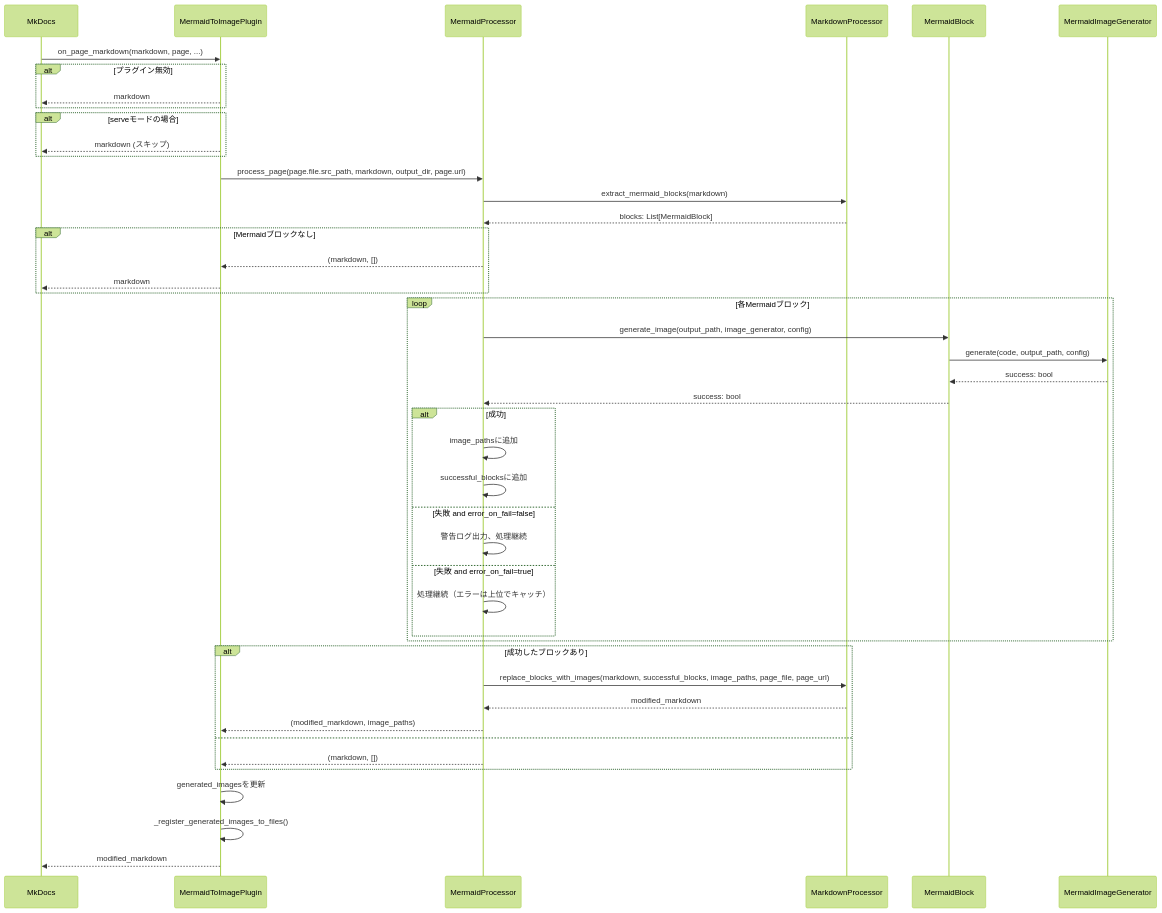
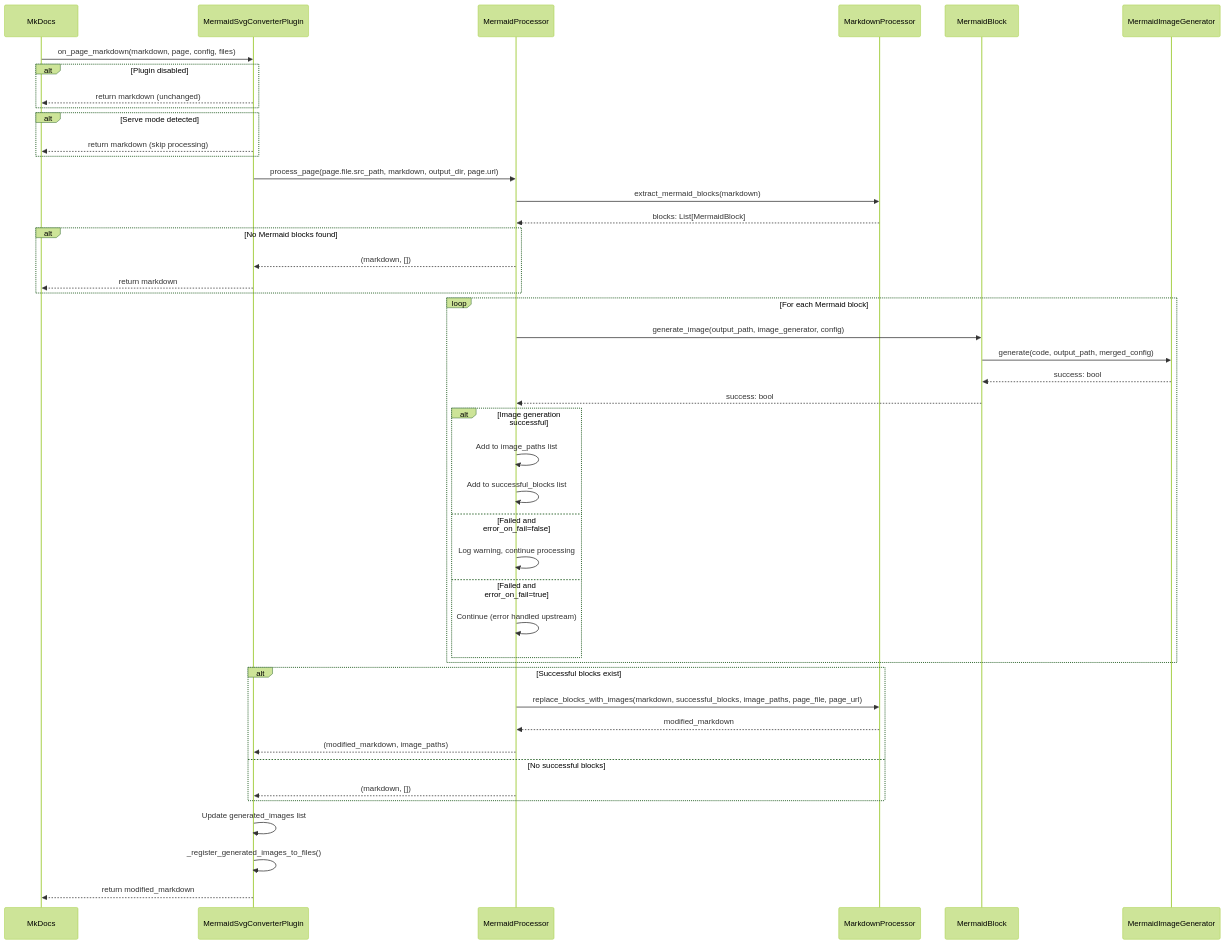
One commit to nuitsjp/mkdocs-mermaid-to-svg changed the fifth of 7 diagrams in docs/architecture.md. Above: the diagram before and after it, drawn with Mermaid (forest theme). The commit also changed other lines of this file and 1 other file, not shown here.

First line of the commit message:
docs: READMEとarchitecture.mdを全面改訂し、英語化・最新設計・利用例・PDF対応・設定例を充実化

````diff
--- a/docs/architecture.md
+++ b/docs/architecture.md
@@ -227,56 +246,56 @@
 ```mermaid
 sequenceDiagram
     participant MkDocs
-    participant Plugin as MermaidToImagePlugin
+    participant Plugin as MermaidSvgConverterPlugin
     participant Proc as MermaidProcessor
     participant MdProc as MarkdownProcessor
     participant Block as MermaidBlock
     participant ImgGen as MermaidImageGenerator
 
-    MkDocs->>Plugin: on_page_markdown(markdown, page, ...)
+    MkDocs->>Plugin: on_page_markdown(markdown, page, config, files)
 
-    alt プラグイン無効
-        Plugin-->>MkDocs: markdown
+    alt Plugin disabled
+        Plugin-->>MkDocs: return markdown (unchanged)
     end
 
-    alt serveモードの場合
-        Plugin-->>MkDocs: markdown (スキップ)
+    alt Serve mode detected
+        Plugin-->>MkDocs: return markdown (skip processing)
     end
 
     Plugin->>Proc: process_page(page.file.src_path, markdown, output_dir, page.url)
     Proc->>MdProc: extract_mermaid_blocks(markdown)
     MdProc-->>Proc: blocks: List[MermaidBlock]
 
-    alt Mermaidブロックなし
+    alt No Mermaid blocks found
         Proc-->>Plugin: (markdown, [])
-        Plugin-->>MkDocs: markdown
+        Plugin-->>MkDocs: return markdown
     end
 
-    loop 各Mermaidブロック
+    loop For each Mermaid block
         Proc->>Block: generate_image(output_path, image_generator, config)
-        Block->>ImgGen: generate(code, output_path, config)
+        Block->>ImgGen: generate(code, output_path, merged_config)
         ImgGen-->>Block: success: bool
         Block-->>Proc: success: bool
 
-        alt 成功
-            Proc->>Proc: image_pathsに追加
-            Proc->>Proc: successful_blocksに追加
-        else 失敗 and error_on_fail=false
-            Proc->>Proc: 警告ログ出力、処理継続
-        else 失敗 and error_on_fail=true
-            Proc->>Proc: 処理継続（エラーは上位でキャッチ）
+        alt Image generation successful
+            Proc->>Proc: Add to image_paths list
+            Proc->>Proc: Add to successful_blocks list
+        else Failed and error_on_fail=false
+            Proc->>Proc: Log warning, continue processing
+        else Failed and error_on_fail=true
+            Proc->>Proc: Continue (error handled upstream)
         end
     end
 
-    alt 成功したブロックあり
+    alt Successful blocks exist
         Proc->>MdProc: replace_blocks_with_images(markdown, successful_blocks, image_paths, page_file, page_url)
         MdProc-->>Proc: modified_markdown
         Proc-->>Plugin: (modified_markdown, image_paths)
-    else
+    else No successful blocks
         Proc-->>Plugin: (markdown, [])
     end
 
-    Plugin->>Plugin: generated_imagesを更新
+    Plugin->>Plugin: Update generated_images list
     Plugin->>Plugin: _register_generated_images_to_files()
-    Plugin-->>MkDocs: modified_markdown
+    Plugin-->>MkDocs: return modified_markdown
 ```
````
